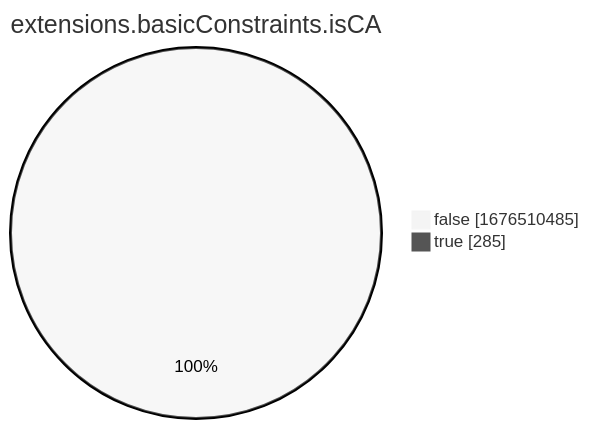
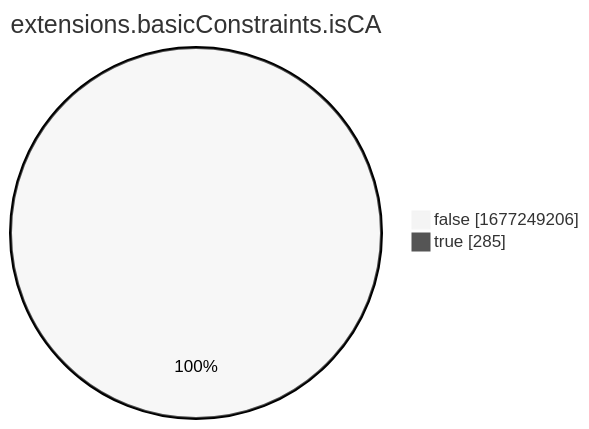
The eighth of 15 diagrams in xenon2022/README.md (christiankrug/ctmonitor_visualization), drawn with Mermaid (neutral theme) before and after one commit. The commit also changed other lines of this file, not shown here.

````diff
--- a/xenon2022/README.md
+++ b/xenon2022/README.md
@@ -2865,6 +2865,6 @@
 ```mermaid
 pie showData
 title extensions.basicConstraints.isCA
-"false" :1676510485
+"false" :1677249206
 "true" :285
 ```
````
